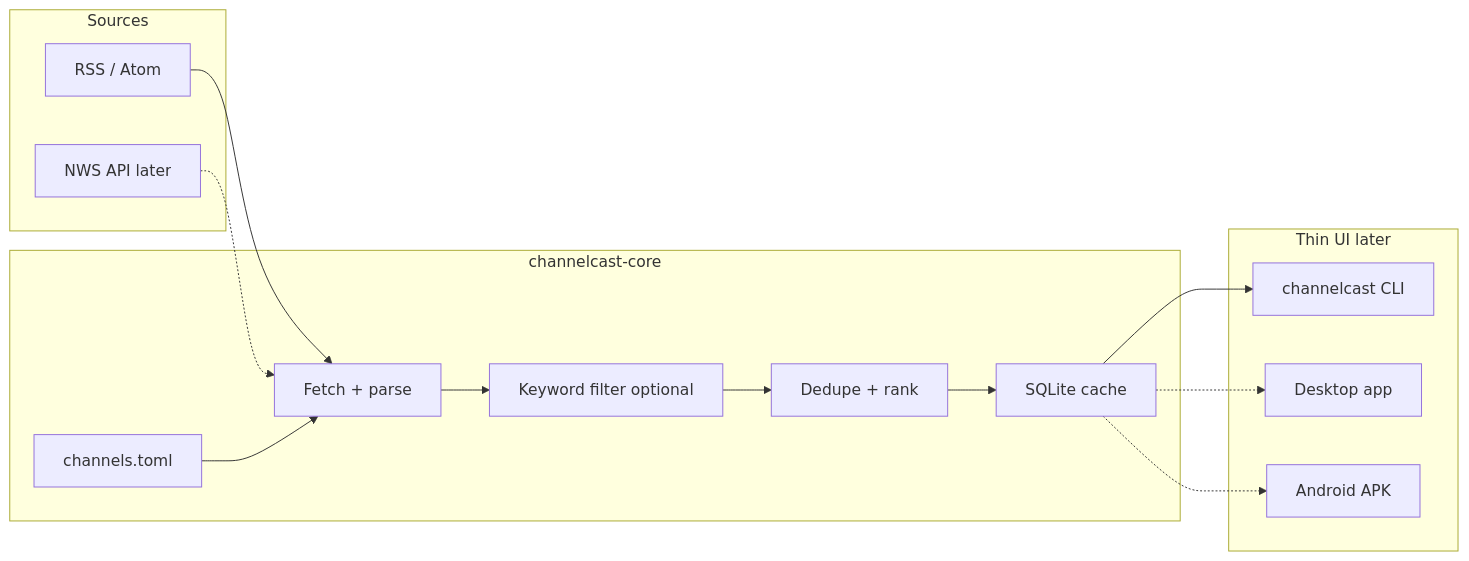
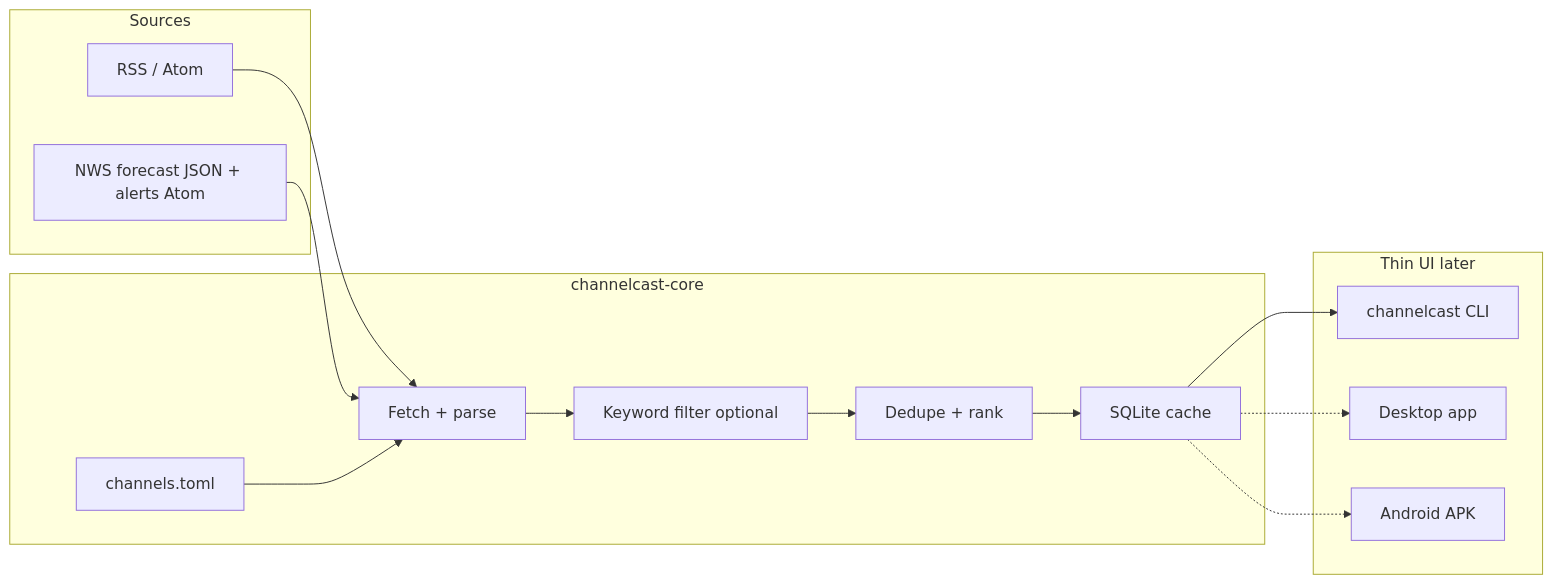
The diagram in README.md (cruiseliner/channelcast), drawn with Mermaid before and after one commit. The commit also changed other lines of this file and 11 other files, not shown here.

````diff
--- a/README.md
+++ b/README.md
@@ -25,25 +25,25 @@
 ```mermaid
 flowchart LR
   subgraph sources [Sources]
     RSS[RSS / Atom]
-    NWS[NWS API later]
+    NWS[NWS forecast JSON + alerts Atom]
   end
   subgraph core [channelcast-core]
     Cfg[channels.toml]
     Fetch[Fetch + parse]
     Kw[Keyword filter optional]
     Rank[Dedupe + rank]
     Store[SQLite cache]
   end
   subgraph ui [Thin UI later]
     CLI[channelcast CLI]
     Desk[Desktop app]
     And[Android APK]
   end
   RSS --> Fetch
-  NWS -.-> Fetch
+  NWS --> Fetch
   Cfg --> Fetch --> Kw --> Rank --> Store
   Store --> CLI
   Store -.-> Desk
   Store -.-> And
 ```
````
